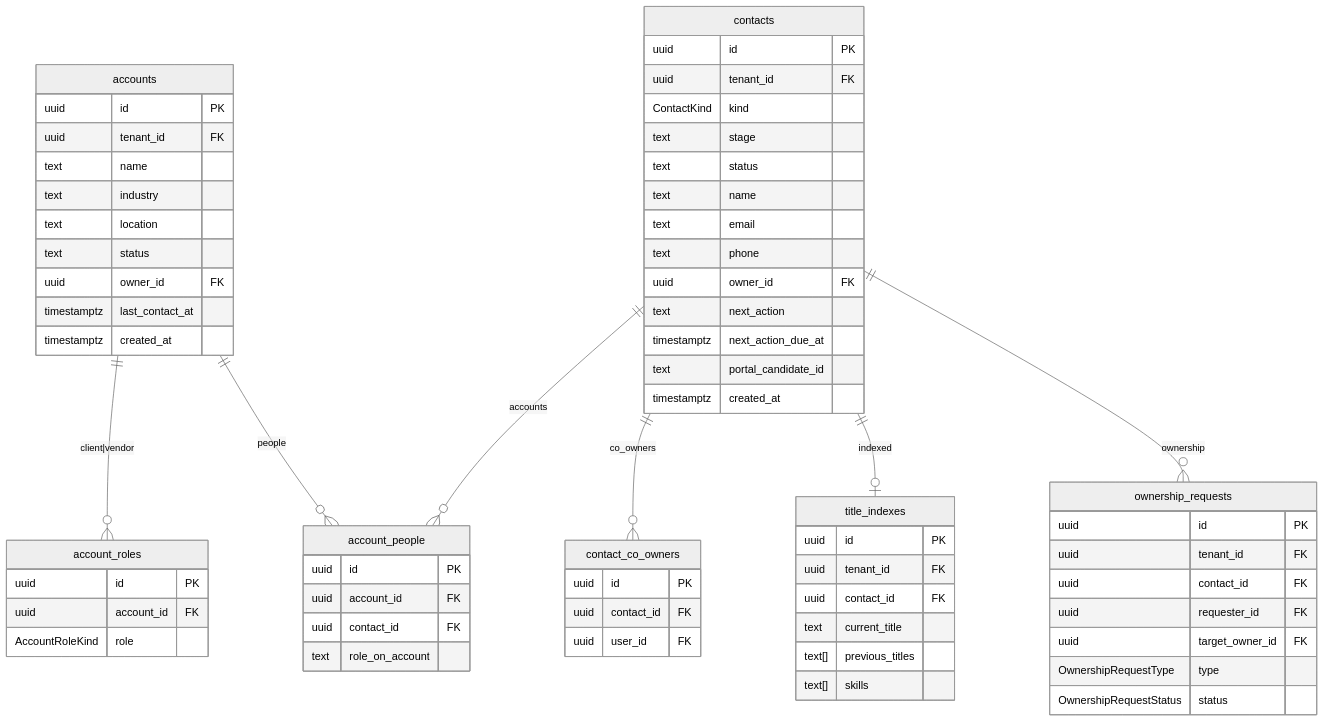
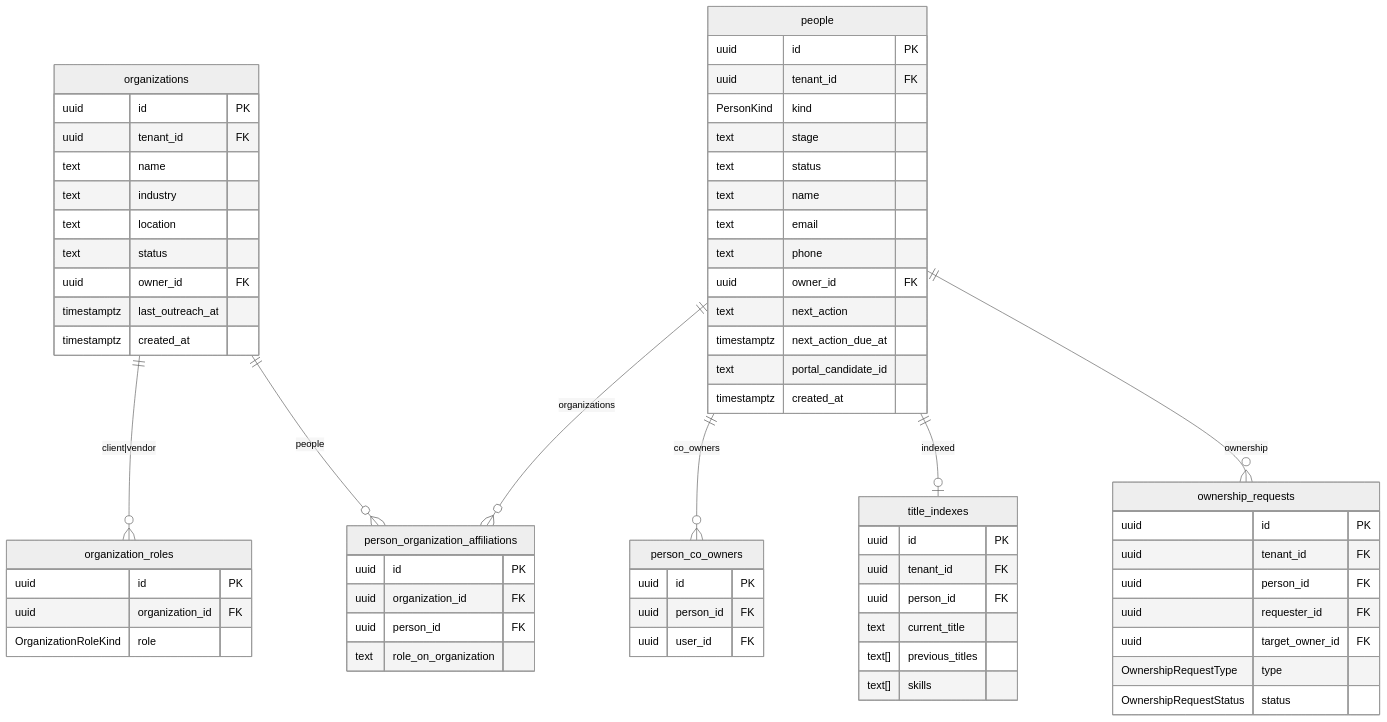
Before and after one commit to NityaSoftwareSolutionsInc/TalentBridge: the third of 6 diagrams in docs/schema-er-diagram.md, drawn with Mermaid (neutral theme). The commit also changed other lines of this file and 30 other files, not shown here.

````diff
--- a/docs/schema-er-diagram.md
+++ b/docs/schema-er-diagram.md
@@ -111,69 +122,69 @@
 ```mermaid
 erDiagram
-  accounts {
+  organizations {
     uuid id PK
     uuid tenant_id FK
     text name
     text industry
     text location
     text status
     uuid owner_id FK
-    timestamptz last_contact_at
+    timestamptz last_outreach_at
     timestamptz created_at
   }
-  account_roles {
+  organization_roles {
     uuid id PK
-    uuid account_id FK
-    AccountRoleKind role
+    uuid organization_id FK
+    OrganizationRoleKind role
   }
-  contacts {
+  people {
     uuid id PK
     uuid tenant_id FK
-    ContactKind kind
+    PersonKind kind
     text stage
     text status
     text name
     text email
     text phone
     uuid owner_id FK
     text next_action
     timestamptz next_action_due_at
     text portal_candidate_id
     timestamptz created_at
   }
-  contact_co_owners {
+  person_co_owners {
     uuid id PK
-    uuid contact_id FK
+    uuid person_id FK
     uuid user_id FK
   }
-  account_people {
+  person_organization_affiliations {
     uuid id PK
-    uuid account_id FK
-    uuid contact_id FK
-    text role_on_account
+    uuid organization_id FK
+    uuid person_id FK
+    text role_on_organization
   }
   ownership_requests {
     uuid id PK
     uuid tenant_id FK
-    uuid contact_id FK
+    uuid person_id FK
     uuid requester_id FK
     uuid target_owner_id FK
     OwnershipRequestType type
     OwnershipRequestStatus status
   }
   title_indexes {
     uuid id PK
     uuid tenant_id FK
-    uuid contact_id FK
+    uuid person_id FK
     text current_title
     text[] previous_titles
     text[] skills
   }
 
-  accounts ||--o{ account_roles : "client|vendor"
-  accounts ||--o{ account_people : people
-  contacts ||--o{ account_people : accounts
-  contacts ||--o{ contact_co_owners : co_owners
-  contacts ||--o| title_indexes : indexed
-  contacts ||--o{ ownership_requests : ownership
+  organizations ||--o{ organization_roles : "client|vendor"
+  organizations ||--o{ person_organization_affiliations : people
+  people ||--o{ person_organization_affiliations : organizations
+  people ||--o{ person_co_owners : co_owners
+  people ||--o| title_indexes : indexed
+  people ||--o{ ownership_requests : ownership
 ```
````
